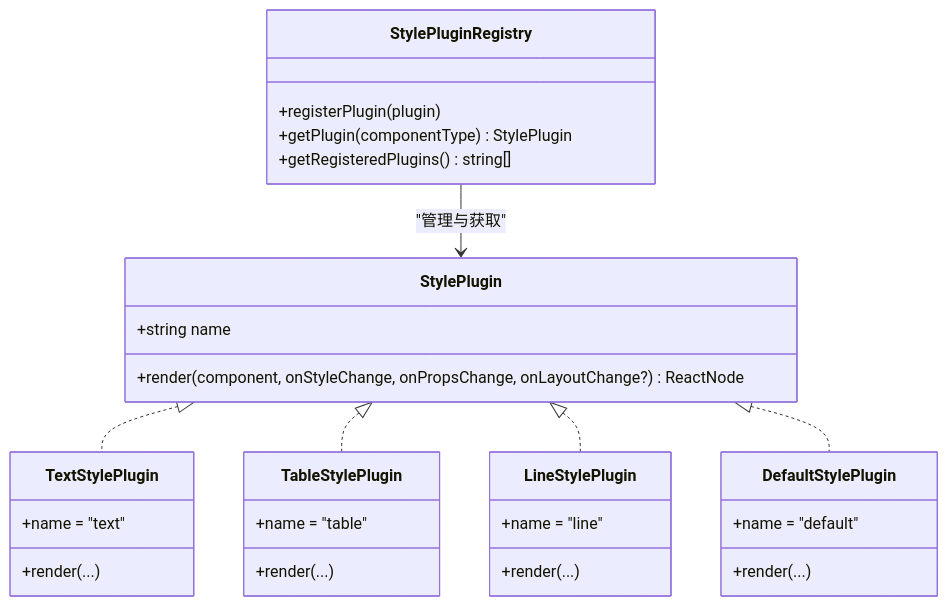
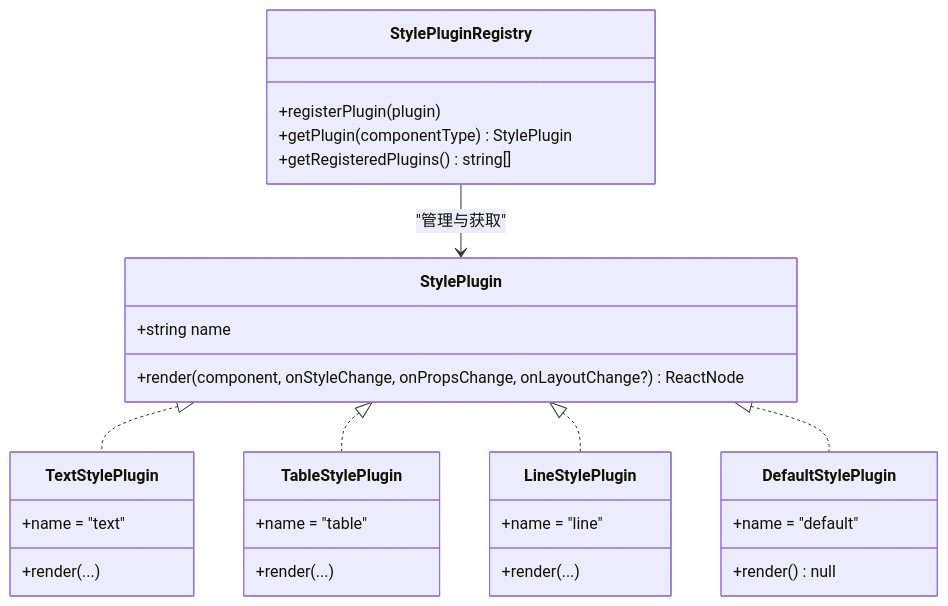
Before and after one commit to joker-yjc/printer: the fourth of 7 diagrams in .qoder/repowiki/zh/content/设计器前端应用/可视化设计界面/属性面板.md, drawn with Mermaid. The commit also changed other lines of this file and 3 other files, not shown here.

````diff
--- a/.qoder/repowiki/zh/content/设计器前端应用/可视化设计界面/属性面板.md
+++ b/.qoder/repowiki/zh/content/设计器前端应用/可视化设计界面/属性面板.md
@@ -178,33 +185,33 @@
 ```mermaid
 classDiagram
 class StylePlugin {
 +string name
 +render(component, onStyleChange, onPropsChange, onLayoutChange?) ReactNode
 }
 class TextStylePlugin {
 +name = "text"
 +render(...)
 }
 class TableStylePlugin {
 +name = "table"
 +render(...)
 }
 class LineStylePlugin {
 +name = "line"
 +render(...)
 }
 class DefaultStylePlugin {
 +name = "default"
-+render(...)
++render() null
 }
 class StylePluginRegistry {
 +registerPlugin(plugin)
 +getPlugin(componentType) StylePlugin
 +getRegisteredPlugins() string[]
 }
 StylePlugin <|.. TextStylePlugin
 StylePlugin <|.. TableStylePlugin
 StylePlugin <|.. LineStylePlugin
 StylePlugin <|.. DefaultStylePlugin
 StylePluginRegistry --> StylePlugin : "管理与获取"
 ```
````
